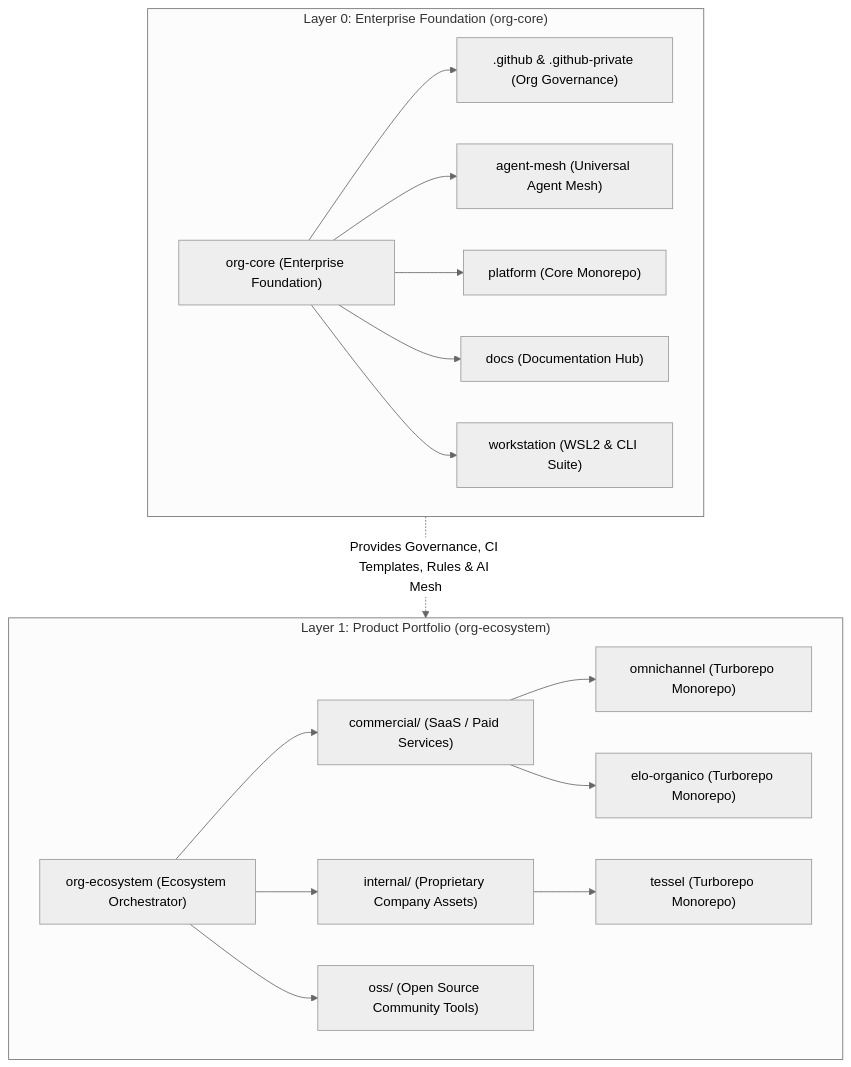
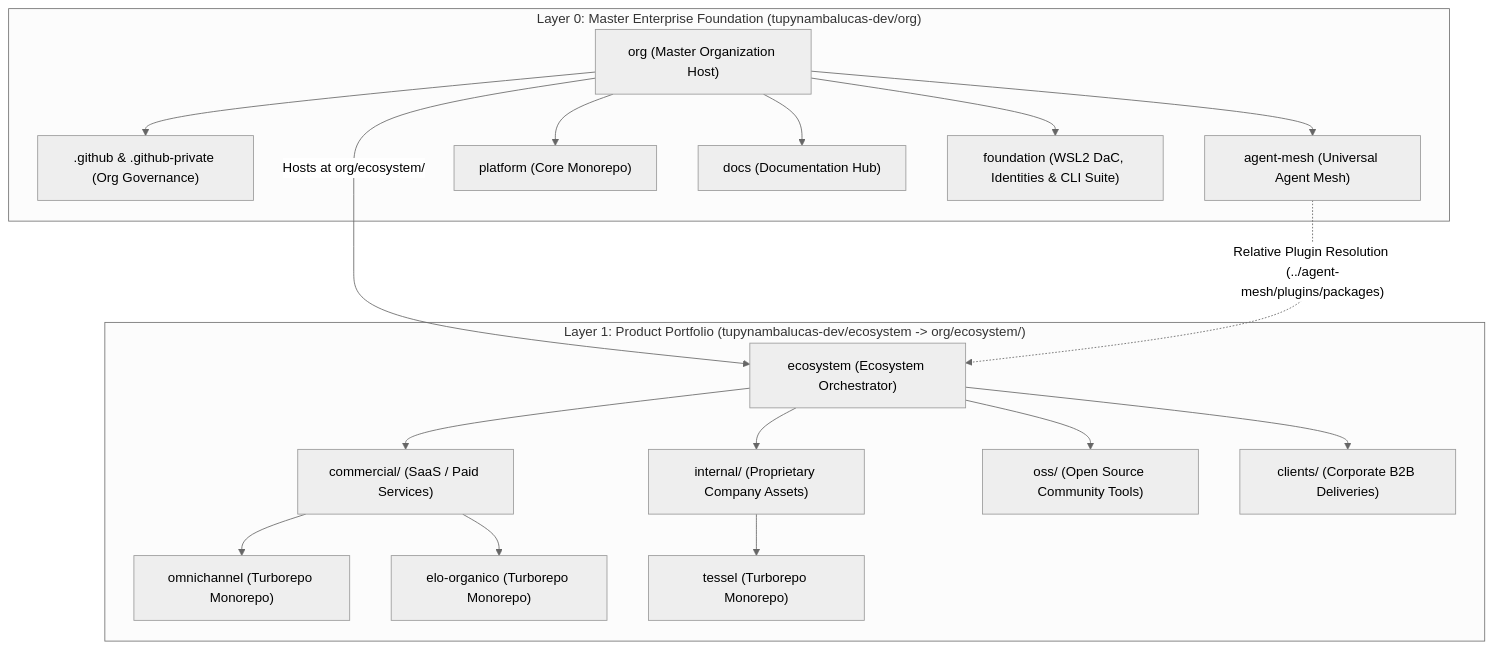
Before and after one commit to tupynambalucas-dev/ecosystem: the diagram in README.md, drawn with Mermaid (neutral theme). The commit also changed other lines of this file and 15 other files, not shown here.

First line of the commit message:
refactor(workspace): nest ecosystem under org meta-repository and align manifests (#17)

````diff
--- a/README.md
+++ b/README.md
@@ -11,37 +11,40 @@
 ```mermaid
 flowchart TD
-    subgraph EnterpriseTier["Layer 0: Enterprise Foundation (org-core)"]
-        OrgCore["org-core (Enterprise Foundation)"]
+    subgraph EnterpriseTier["Layer 0: Master Enterprise Foundation (tupynambalucas-dev/org)"]
+        Org["org (Master Organization Host)"]
         DotGithub[".github & .github-private (Org Governance)"]
         AgentMesh["agent-mesh (Universal Agent Mesh)"]
         Platform["platform (Core Monorepo)"]
         Docs["docs (Documentation Hub)"]
-        Workstation["workstation (WSL2 & CLI Suite)"]
-        OrgCore --> DotGithub
-        OrgCore --> AgentMesh
-        OrgCore --> Platform
-        OrgCore --> Docs
-        OrgCore --> Workstation
+        Foundation["foundation (WSL2 DaC, Identities & CLI Suite)"]
+        Org --> DotGithub
+        Org --> AgentMesh
+        Org --> Platform
+        Org --> Docs
+        Org --> Foundation
     end
 
-    subgraph PortfolioTier["Layer 1: Product Portfolio (org-ecosystem)"]
-        OrgEco["org-ecosystem (Ecosystem Orchestrator)"]
+    subgraph PortfolioTier["Layer 1: Product Portfolio (tupynambalucas-dev/ecosystem -> org/ecosystem/)"]
+        Eco["ecosystem (Ecosystem Orchestrator)"]
         Commercial["commercial/ (SaaS / Paid Services)"]
         Internal["internal/ (Proprietary Company Assets)"]
         OSS["oss/ (Open Source Community Tools)"]
+        Clients["clients/ (Corporate B2B Deliveries)"]
 
         Omnichannel["omnichannel (Turborepo Monorepo)"]
         EloOrganico["elo-organico (Turborepo Monorepo)"]
         Tessel["tessel (Turborepo Monorepo)"]
 
-        OrgEco --> Commercial
-        OrgEco --> Internal
-        OrgEco --> OSS
+        Eco --> Commercial
+        Eco --> Internal
+        Eco --> OSS
+        Eco --> Clients
 
         Commercial --> Omnichannel
         Commercial --> EloOrganico
         Internal --> Tessel
     end
 
-    EnterpriseTier -.->|"Provides Governance, CI Templates, Rules & AI Mesh"| PortfolioTier
+    Org -->|"Hosts at org/ecosystem/"| Eco
+    AgentMesh -.->|"Relative Plugin Resolution (../agent-mesh/plugins/packages)"| Eco
 ```
````
